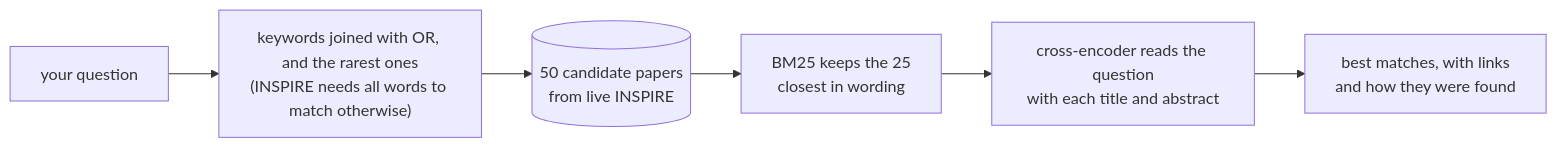
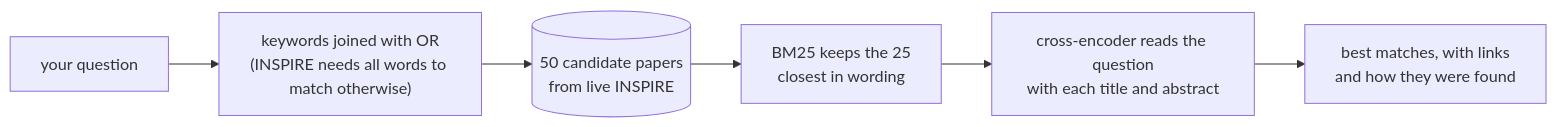
The diagram in README.md (JacopoTorasso/inspire-mcp), drawn with Mermaid before and after one commit. The commit also changed 7 other files, not shown here.

````diff
--- a/README.md
+++ b/README.md
@@ -146,8 +146,8 @@
 ```mermaid
 flowchart LR
-    Q[your question] --> K["keywords joined with OR, and the rarest ones<br/>(INSPIRE needs all words to match otherwise)"]
+    Q[your question] --> K["keywords joined with OR<br/>(INSPIRE needs all words to match otherwise)"]
     K --> P[(50 candidate papers<br/>from live INSPIRE)]
     P --> B["BM25 keeps the 25<br/>closest in wording"]
     B --> R["cross-encoder reads the question<br/>with each title and abstract"]
     R --> A[best matches, with links<br/>and how they were found]
 ```
````
